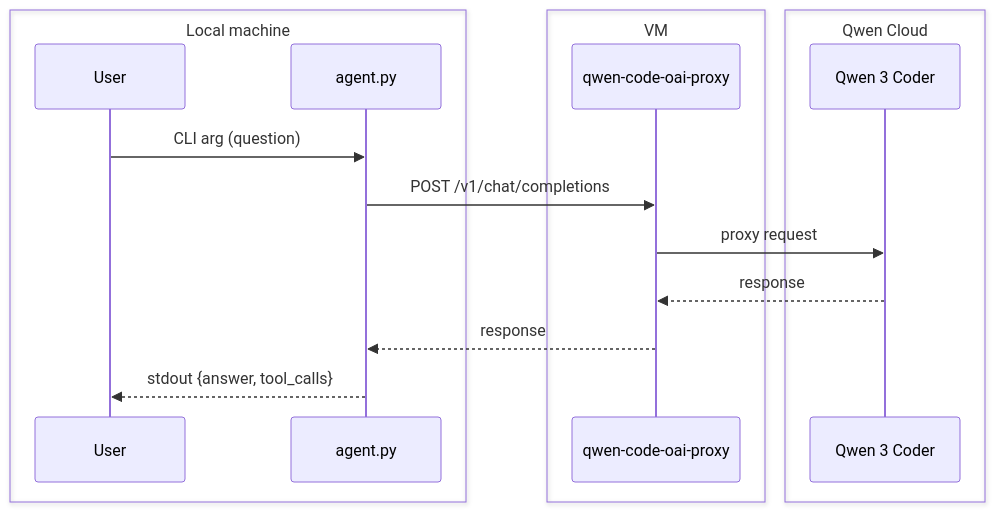
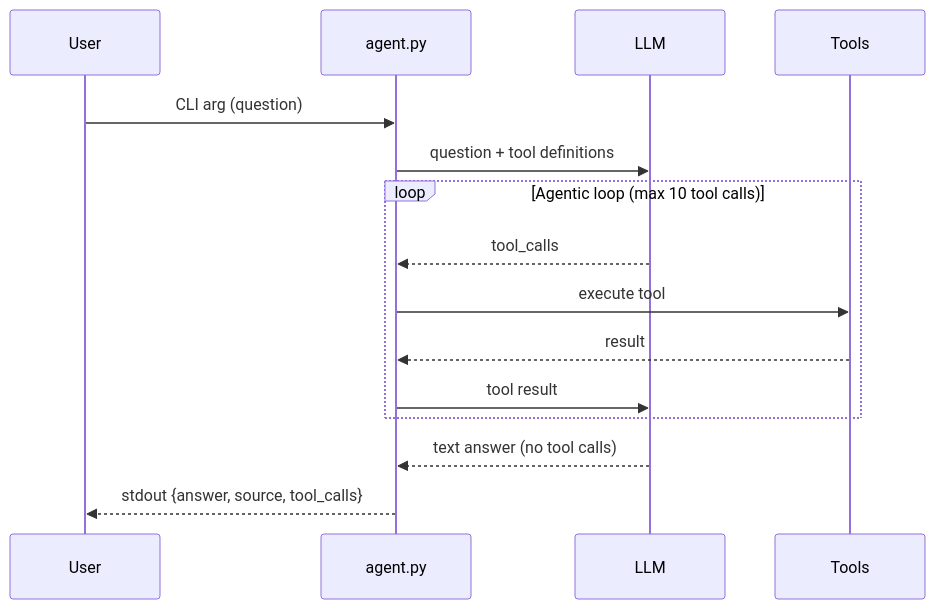
The diagram in AGENT.md (grishaltuhow20182018-create/se-toolkit-lab-6), drawn with Mermaid before and after one commit. The commit also changed other lines of this file and 3 other files, not shown here.

Commit message:
Task 2: The Documentation Agent - add read_file and list_files tools with agentic loop

````diff
--- a/AGENT.md
+++ b/AGENT.md
@@ -7,20 +7,18 @@
 ```mermaid
 sequenceDiagram
-    box Local machine
-        participant User
-        participant agent.py
-    end
-    box VM
-        participant Proxy as qwen-code-oai-proxy
-    end
-    box Qwen Cloud
-        participant LLM as Qwen 3 Coder
-    end
+    participant User
+    participant agent.py
+    participant LLM
+    participant Tools
 
     User->>agent.py: CLI arg (question)
-    agent.py->>Proxy: POST /v1/chat/completions
-    Proxy->>LLM: proxy request
-    LLM-->>Proxy: response
-    Proxy-->>agent.py: response
-    agent.py-->>User: stdout {answer, tool_calls}
+    agent.py->>LLM: question + tool definitions
+    loop Agentic loop (max 10 tool calls)
+        LLM-->>agent.py: tool_calls
+        agent.py->>Tools: execute tool
+        Tools-->>agent.py: result
+        agent.py->>LLM: tool result
+    end
+    LLM-->>agent.py: text answer (no tool calls)
+    agent.py-->>User: stdout {answer, source, tool_calls}
 ```
````
